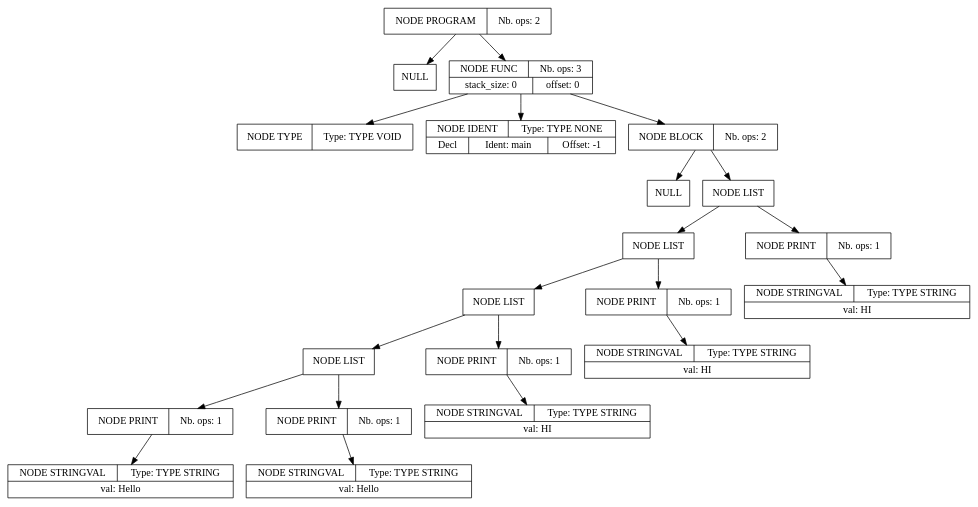
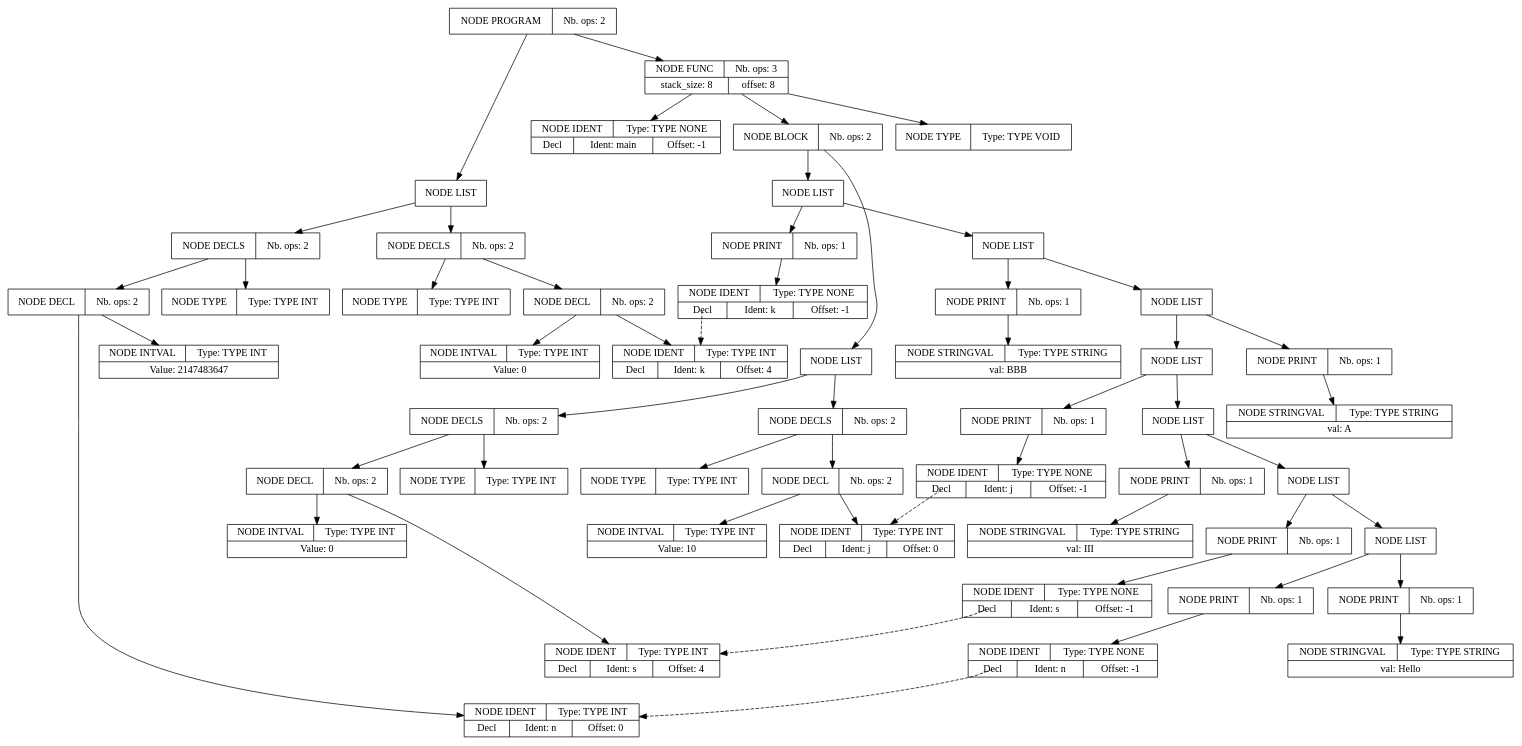
The diagram in projet_compilation_src/tools/apres_passe_1.dot (Serial-DeV/Compilation), drawn with Graphviz before and after one commit. The commit also changed 15 other files, not shown here.

```diff
--- a/projet_compilation_src/tools/apres_passe_1.dot
+++ b/projet_compilation_src/tools/apres_passe_1.dot
@@ -1,63 +1,158 @@
 digraph global_vars {
     N1 [shape=record, label="{{NODE PROGRAM|Nb. ops: 2}}"];
-    N2 [shape=record, label="{{NULL}}"];
+    N2 [shape=record, label="{{NODE LIST}}"];
+    N3 [shape=record, label="{{NODE DECLS|Nb. ops: 2}}"];
+    N4 [shape=record, label="{{NODE TYPE|Type: TYPE INT}}"];
+    edge[tailclip=true];
+    N3 -> N4
+    N5 [shape=record, label="{{NODE DECL|Nb. ops: 2}}"];
+    N6 [shape=record, label="{{NODE IDENT|Type: TYPE INT}|{<decl>Decl      |Ident: n|Offset: 0}}"];
+    edge[tailclip=true];
+    N5 -> N6
+    N7 [shape=record, label="{{NODE INTVAL|Type: TYPE INT}|{Value: 2147483647}}"];
+    edge[tailclip=true];
+    N5 -> N7
+    edge[tailclip=true];
+    N3 -> N5
+    edge[tailclip=true];
+    N2 -> N3
+    N8 [shape=record, label="{{NODE DECLS|Nb. ops: 2}}"];
+    N9 [shape=record, label="{{NODE TYPE|Type: TYPE INT}}"];
+    edge[tailclip=true];
+    N8 -> N9
+    N10 [shape=record, label="{{NODE DECL|Nb. ops: 2}}"];
+    N11 [shape=record, label="{{NODE IDENT|Type: TYPE INT}|{<decl>Decl      |Ident: k|Offset: 4}}"];
+    edge[tailclip=true];
+    N10 -> N11
+    N12 [shape=record, label="{{NODE INTVAL|Type: TYPE INT}|{Value: 0}}"];
+    edge[tailclip=true];
+    N10 -> N12
+    edge[tailclip=true];
+    N8 -> N10
+    edge[tailclip=true];
+    N2 -> N8
     edge[tailclip=true];
     N1 -> N2
-    N3 [shape=record, label="{{NODE FUNC|Nb. ops: 3}|{stack_size: 0|offset: 0}}"];
-    N4 [shape=record, label="{{NODE TYPE|Type: TYPE VOID}}"];
+    N13 [shape=record, label="{{NODE FUNC|Nb. ops: 3}|{stack_size: 8|offset: 8}}"];
+    N14 [shape=record, label="{{NODE TYPE|Type: TYPE VOID}}"];
     edge[tailclip=true];
-    N3 -> N4
-    N5 [shape=record, label="{{NODE IDENT|Type: TYPE NONE}|{<decl>Decl      |Ident: main|Offset: -1}}"];
+    N13 -> N14
+    N15 [shape=record, label="{{NODE IDENT|Type: TYPE NONE}|{<decl>Decl      |Ident: main|Offset: -1}}"];
     edge[tailclip=true];
-    N3 -> N5
-    N6 [shape=record, label="{{NODE BLOCK|Nb. ops: 2}}"];
-    N7 [shape=record, label="{{NULL}}"];
+    N13 -> N15
+    N16 [shape=record, label="{{NODE BLOCK|Nb. ops: 2}}"];
+    N17 [shape=record, label="{{NODE LIST}}"];
+    N18 [shape=record, label="{{NODE DECLS|Nb. ops: 2}}"];
+    N19 [shape=record, label="{{NODE TYPE|Type: TYPE INT}}"];
     edge[tailclip=true];
-    N6 -> N7
-    N8 [shape=record, label="{{NODE LIST}}"];
-    N9 [shape=record, label="{{NODE LIST}}"];
-    N10 [shape=record, label="{{NODE LIST}}"];
-    N11 [shape=record, label="{{NODE LIST}}"];
-    N12 [shape=record, label="{{NODE PRINT|Nb. ops: 1}}"];
-    N13 [shape=record, label="{{NODE STRINGVAL|Type: TYPE STRING}|{val: Hello}}"];
+    N18 -> N19
+    N20 [shape=record, label="{{NODE DECL|Nb. ops: 2}}"];
+    N21 [shape=record, label="{{NODE IDENT|Type: TYPE INT}|{<decl>Decl      |Ident: j|Offset: 0}}"];
     edge[tailclip=true];
-    N12 -> N13
+    N20 -> N21
+    N22 [shape=record, label="{{NODE INTVAL|Type: TYPE INT}|{Value: 10}}"];
     edge[tailclip=true];
-    N11 -> N12
-    N14 [shape=record, label="{{NODE PRINT|Nb. ops: 1}}"];
-    N15 [shape=record, label="{{NODE STRINGVAL|Type: TYPE STRING}|{val: Hello}}"];
+    N20 -> N22
     edge[tailclip=true];
-    N14 -> N15
+    N18 -> N20
     edge[tailclip=true];
-    N11 -> N14
+    N17 -> N18
+    N23 [shape=record, label="{{NODE DECLS|Nb. ops: 2}}"];
+    N24 [shape=record, label="{{NODE TYPE|Type: TYPE INT}}"];
     edge[tailclip=true];
-    N10 -> N11
-    N16 [shape=record, label="{{NODE PRINT|Nb. ops: 1}}"];
-    N17 [shape=record, label="{{NODE STRINGVAL|Type: TYPE STRING}|{val: HI}}"];
+    N23 -> N24
+    N25 [shape=record, label="{{NODE DECL|Nb. ops: 2}}"];
+    N26 [shape=record, label="{{NODE IDENT|Type: TYPE INT}|{<decl>Decl      |Ident: s|Offset: 4}}"];
+    edge[tailclip=true];
+    N25 -> N26
+    N27 [shape=record, label="{{NODE INTVAL|Type: TYPE INT}|{Value: 0}}"];
+    edge[tailclip=true];
+    N25 -> N27
+    edge[tailclip=true];
+    N23 -> N25
+    edge[tailclip=true];
+    N17 -> N23
     edge[tailclip=true];
     N16 -> N17
+    N28 [shape=record, label="{{NODE LIST}}"];
+    N29 [shape=record, label="{{NODE LIST}}"];
+    N30 [shape=record, label="{{NODE LIST}}"];
+    N31 [shape=record, label="{{NODE LIST}}"];
+    N32 [shape=record, label="{{NODE LIST}}"];
+    N33 [shape=record, label="{{NODE LIST}}"];
+    N34 [shape=record, label="{{NODE LIST}}"];
+    N35 [shape=record, label="{{NODE PRINT|Nb. ops: 1}}"];
+    N36 [shape=record, label="{{NODE IDENT|Type: TYPE NONE}|{<decl>Decl      |Ident: n|Offset: -1}}"];
+    edge[tailclip=false];
+    "N36":decl:c -> "N6" [style=dashed]
     edge[tailclip=true];
-    N10 -> N16
+    N35 -> N36
     edge[tailclip=true];
-    N9 -> N10
-    N18 [shape=record, label="{{NODE PRINT|Nb. ops: 1}}"];
-    N19 [shape=record, label="{{NODE STRINGVAL|Type: TYPE STRING}|{val: HI}}"];
+    N34 -> N35
+    N37 [shape=record, label="{{NODE PRINT|Nb. ops: 1}}"];
+    N38 [shape=record, label="{{NODE STRINGVAL|Type: TYPE STRING}|{val: Hello\n}}"];
     edge[tailclip=true];
-    N18 -> N19
+    N37 -> N38
     edge[tailclip=true];
-    N9 -> N18
+    N34 -> N37
     edge[tailclip=true];
-    N8 -> N9
-    N20 [shape=record, label="{{NODE PRINT|Nb. ops: 1}}"];
-    N21 [shape=record, label="{{NODE STRINGVAL|Type: TYPE STRING}|{val: HI}}"];
+    N33 -> N34
+    N39 [shape=record, label="{{NODE PRINT|Nb. ops: 1}}"];
+    N40 [shape=record, label="{{NODE IDENT|Type: TYPE NONE}|{<decl>Decl      |Ident: s|Offset: -1}}"];
+    edge[tailclip=false];
+    "N40":decl:c -> "N26" [style=dashed]
     edge[tailclip=true];
-    N20 -> N21
+    N39 -> N40
     edge[tailclip=true];
-    N8 -> N20
+    N33 -> N39
     edge[tailclip=true];
-    N6 -> N8
+    N32 -> N33
+    N41 [shape=record, label="{{NODE PRINT|Nb. ops: 1}}"];
+    N42 [shape=record, label="{{NODE STRINGVAL|Type: TYPE STRING}|{val: III\n}}"];
     edge[tailclip=true];
-    N3 -> N6
+    N41 -> N42
     edge[tailclip=true];
-    N1 -> N3
+    N32 -> N41
+    edge[tailclip=true];
+    N31 -> N32
+    N43 [shape=record, label="{{NODE PRINT|Nb. ops: 1}}"];
+    N44 [shape=record, label="{{NODE IDENT|Type: TYPE NONE}|{<decl>Decl      |Ident: j|Offset: -1}}"];
+    edge[tailclip=false];
+    "N44":decl:c -> "N21" [style=dashed]
+    edge[tailclip=true];
+    N43 -> N44
+    edge[tailclip=true];
+    N31 -> N43
+    edge[tailclip=true];
+    N30 -> N31
+    N45 [shape=record, label="{{NODE PRINT|Nb. ops: 1}}"];
+    N46 [shape=record, label="{{NODE STRINGVAL|Type: TYPE STRING}|{val: A\n}}"];
+    edge[tailclip=true];
+    N45 -> N46
+    edge[tailclip=true];
+    N30 -> N45
+    edge[tailclip=true];
+    N29 -> N30
+    N47 [shape=record, label="{{NODE PRINT|Nb. ops: 1}}"];
+    N48 [shape=record, label="{{NODE STRINGVAL|Type: TYPE STRING}|{val: BBB}}"];
+    edge[tailclip=true];
+    N47 -> N48
+    edge[tailclip=true];
+    N29 -> N47
+    edge[tailclip=true];
+    N28 -> N29
+    N49 [shape=record, label="{{NODE PRINT|Nb. ops: 1}}"];
+    N50 [shape=record, label="{{NODE IDENT|Type: TYPE NONE}|{<decl>Decl      |Ident: k|Offset: -1}}"];
+    edge[tailclip=false];
+    "N50":decl:c -> "N11" [style=dashed]
+    edge[tailclip=true];
+    N49 -> N50
+    edge[tailclip=true];
+    N28 -> N49
+    edge[tailclip=true];
+    N16 -> N28
+    edge[tailclip=true];
+    N13 -> N16
+    edge[tailclip=true];
+    N1 -> N13
 }
```
